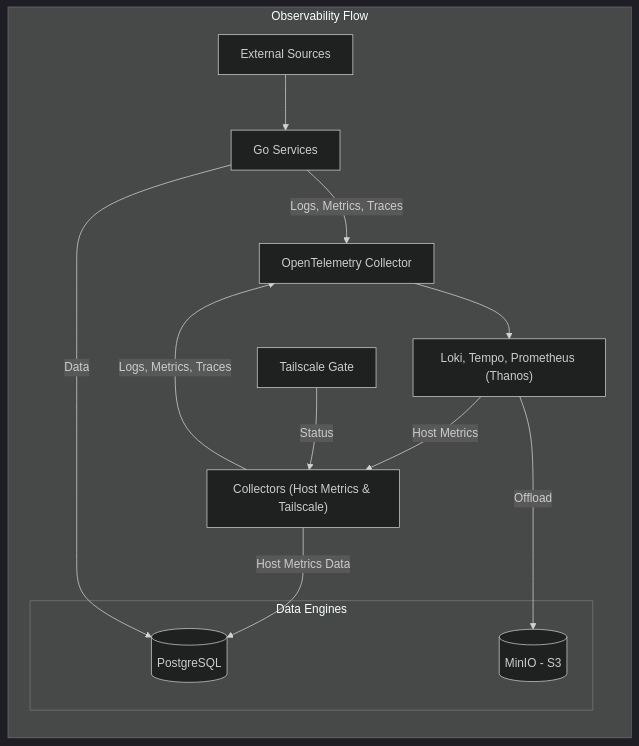
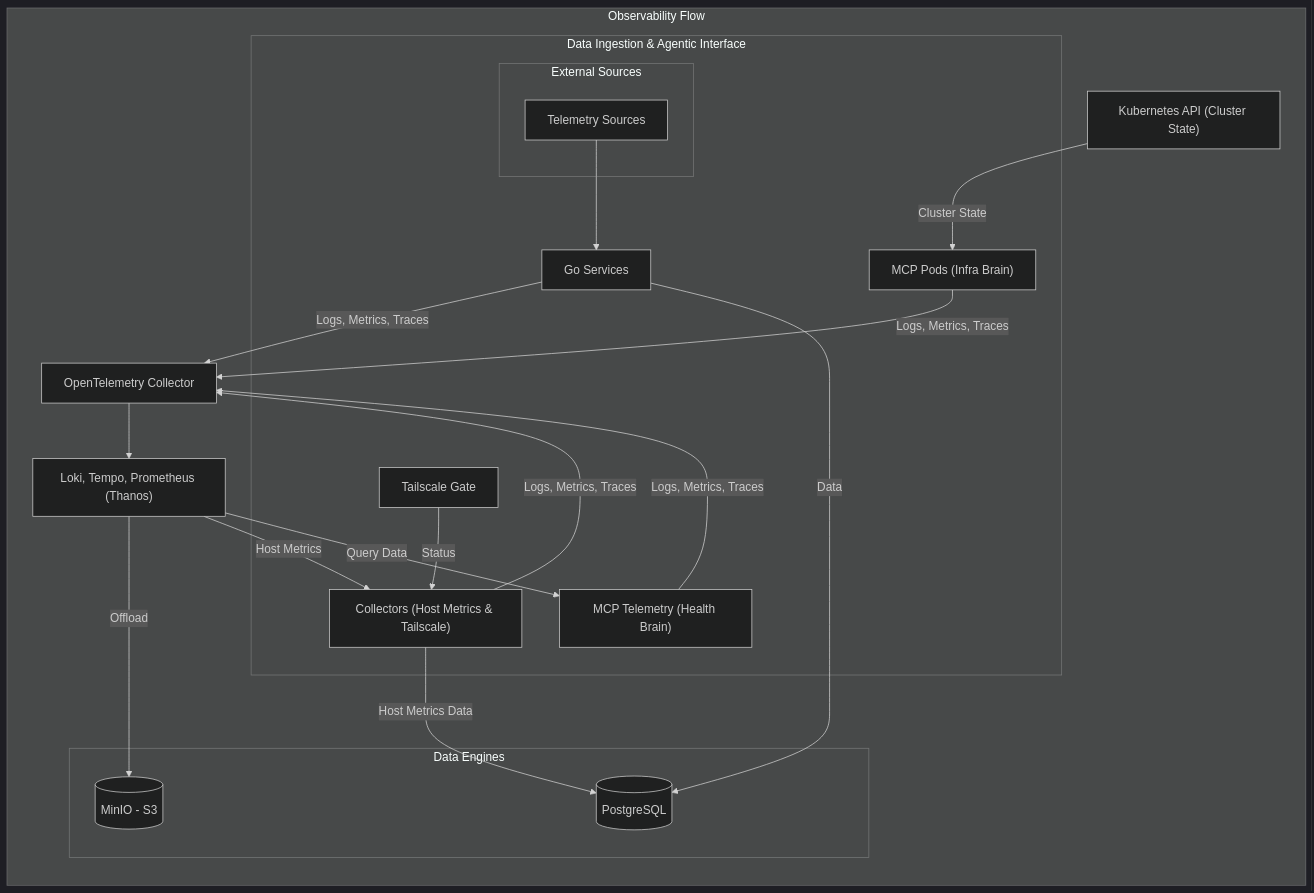
The diagram in docs/architecture/core-concepts/observability.md (victoriacheng15/observability-hub), drawn with Mermaid (dark theme) before and after one commit. The commit also changed 9 other files, not shown here.

Commit message:
refactor(mcp): re-architect telemetry server for standalone execution (#285)

````diff
--- a/docs/architecture/core-concepts/observability.md
+++ b/docs/architecture/core-concepts/observability.md
@@ -7,33 +7,46 @@
 ```mermaid
 flowchart TB
     subgraph ObservabilityFlow ["Observability Flow"]
         direction TB
-        External["External Sources"]
+        subgraph Logic ["Data Ingestion & Agentic Interface"]
+            subgraph ExternalSources ["External Sources"]
+                External["Telemetry Sources"]
+            end
 
-        Gate[Tailscale Gate]
-        GoApps["Go Services"]
-        Collectors["Collectors (Host Metrics & Tailscale)"]
+            GoApps["Go Services"]
+            MCP_Tele["MCP Telemetry (Health Brain)"]
+            MCP_Pods["MCP Pods (Infra Brain)"]
+            Collectors["Collectors (Host Metrics & Tailscale)"]
+            Gate[Tailscale Gate]
+        end
 
+        K8S["Kubernetes API (Cluster State)"]
         OTEL[OpenTelemetry Collector]
 
         Observability["Loki, Tempo, Prometheus (Thanos)"]
         subgraph Storage ["Data Engines"]
             PG[(PostgreSQL)]
             S3[(MinIO - S3)]
         end
     end
 
     %% Data Pipeline Connections
     External --> GoApps
+    
+    %% Domain-Isolated MCP Paths
+    Observability -- "Query Data" --> MCP_Tele
+    K8S -- "Cluster State" --> MCP_Pods
+
+    %% Telemetry & Storage Connections
     Observability -- "Host Metrics" --> Collectors
     Gate -- "Status" --> Collectors
     Collectors -- "Host Metrics Data" --> PG
     GoApps -- Data --> PG
 
     %% Telemetry Pipeline (OTLP)
-    GoApps & Collectors -- "Logs, Metrics, Traces" --> OTEL
+    GoApps & MCP_Tele & MCP_Pods & Collectors -- "Logs, Metrics, Traces" --> OTEL
     
     OTEL --> Observability
     
     Observability -- "Offload" --> S3
 ```
````
